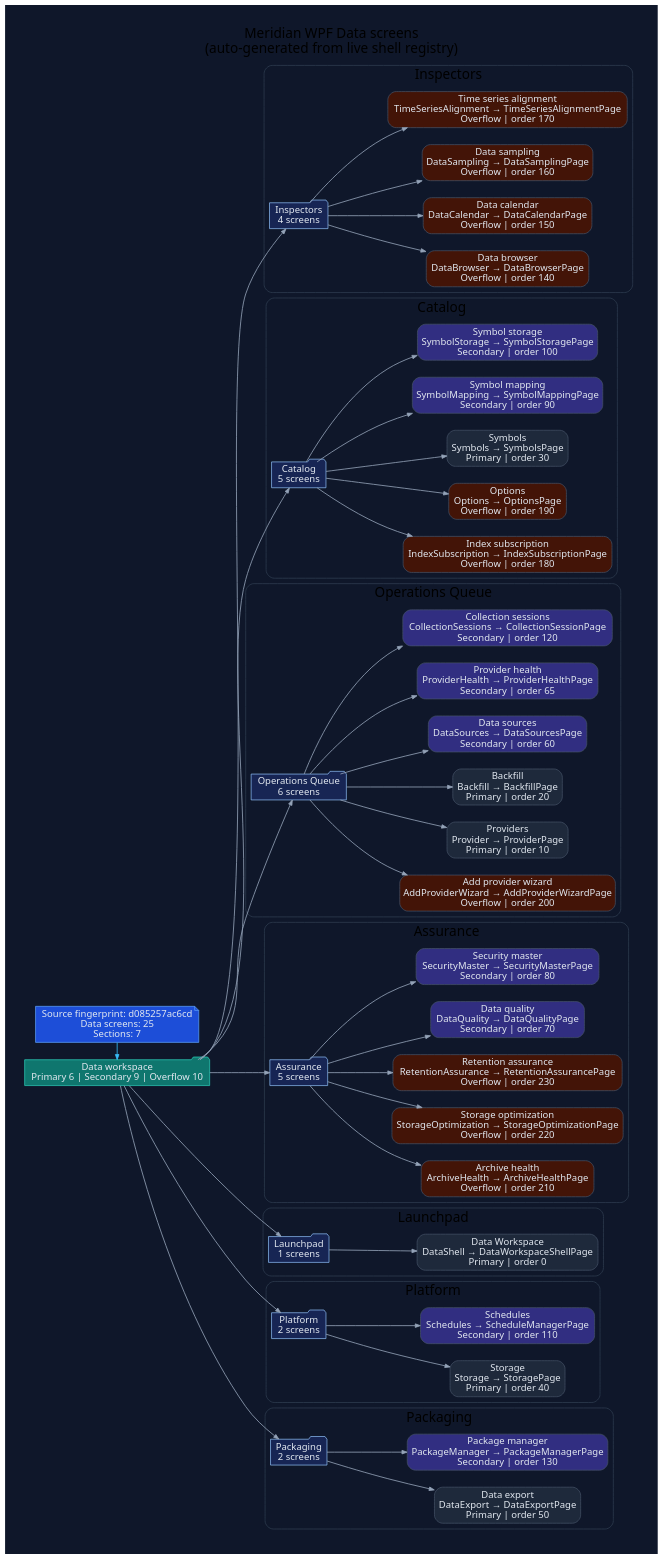
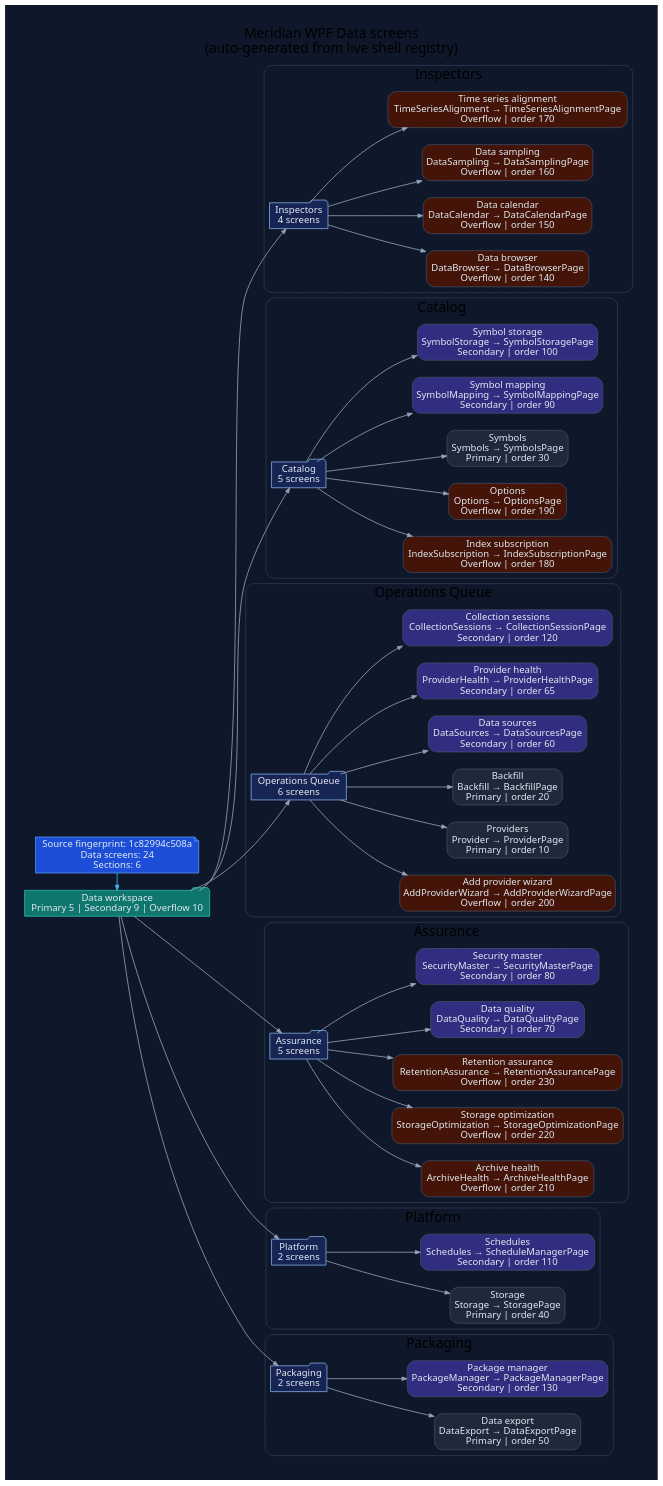
Before and after one commit to rodoHasArrived/Meridian-main: the diagram in docs/diagrams/ui-wpf-screens-data.dot, drawn with Graphviz. The commit also changed 50 other files, not shown here.

```diff
--- a/docs/diagrams/ui-wpf-screens-data.dot
+++ b/docs/diagrams/ui-wpf-screens-data.dot
@@ -1,132 +1,122 @@
 // -----------------------------------------------------------------------------
 // <auto-generated>
 // Generated by scripts/generate-diagrams.mjs.
 // Do not edit this file directly; update the WPF source files instead.
 // -----------------------------------------------------------------------------
 digraph WpfDataScreens {
   graph [
     rankdir=LR,
     labelloc=t,
     label="Meridian WPF Data screens\n(auto-generated from live shell registry)",
     fontname="Segoe UI",
     fontsize=20,
     pad=0.4,
     nodesep=0.35,
     ranksep=0.85,
     bgcolor="#0f172a"
   ];
   node [fontname="Segoe UI", shape=box, style="rounded,filled", color="#475569", fontcolor="#e2e8f0", fillcolor="#1e293b"];
   edge [fontname="Segoe UI", color="#94a3b8", penwidth=1.2, arrowsize=0.75];
 
-  generated [shape=note, fillcolor="#1d4ed8", color="#60a5fa", label="Source fingerprint: d085257ac6cd\nData screens: 25\nSections: 7"];
-  workspace [shape=folder, fillcolor="#0f766e", color="#2dd4bf", label="Data workspace\nPrimary 6 | Secondary 9 | Overflow 10"];
+  generated [shape=note, fillcolor="#1d4ed8", color="#60a5fa", label="Source fingerprint: 1c82994c508a\nData screens: 24\nSections: 6"];
+  workspace [shape=folder, fillcolor="#0f766e", color="#2dd4bf", label="Data workspace\nPrimary 5 | Secondary 9 | Overflow 10"];
   generated -> workspace [color="#38bdf8"];
 
   subgraph cluster_section_1 {
     label="Inspectors";
     color="#334155";
     style="rounded";
     section_1 [shape=folder, fillcolor="#172554", color="#93c5fd", label="Inspectors\n4 screens"];
     workspace -> section_1;
     screen_DataBrowser [fillcolor="#431407", label="Data browser\nDataBrowser → DataBrowserPage\nOverflow | order 140"];
     section_1 -> screen_DataBrowser;
     screen_DataCalendar [fillcolor="#431407", label="Data calendar\nDataCalendar → DataCalendarPage\nOverflow | order 150"];
     section_1 -> screen_DataCalendar;
     screen_DataSampling [fillcolor="#431407", label="Data sampling\nDataSampling → DataSamplingPage\nOverflow | order 160"];
     section_1 -> screen_DataSampling;
     screen_TimeSeriesAlignment [fillcolor="#431407", label="Time series alignment\nTimeSeriesAlignment → TimeSeriesAlignmentPage\nOverflow | order 170"];
     section_1 -> screen_TimeSeriesAlignment;
   }
 
   subgraph cluster_section_2 {
     label="Catalog";
     color="#334155";
     style="rounded";
     section_2 [shape=folder, fillcolor="#172554", color="#93c5fd", label="Catalog\n5 screens"];
     workspace -> section_2;
     screen_IndexSubscription [fillcolor="#431407", label="Index subscription\nIndexSubscription → IndexSubscriptionPage\nOverflow | order 180"];
     section_2 -> screen_IndexSubscription;
     screen_Options [fillcolor="#431407", label="Options\nOptions → OptionsPage\nOverflow | order 190"];
     section_2 -> screen_Options;
     screen_Symbols [fillcolor="#1e293b", label="Symbols\nSymbols → SymbolsPage\nPrimary | order 30"];
     section_2 -> screen_Symbols;
     screen_SymbolMapping [fillcolor="#312e81", label="Symbol mapping\nSymbolMapping → SymbolMappingPage\nSecondary | order 90"];
     section_2 -> screen_SymbolMapping;
     screen_SymbolStorage [fillcolor="#312e81", label="Symbol storage\nSymbolStorage → SymbolStoragePage\nSecondary | order 100"];
     section_2 -> screen_SymbolStorage;
   }
 
   subgraph cluster_section_3 {
     label="Operations Queue";
     color="#334155";
     style="rounded";
     section_3 [shape=folder, fillcolor="#172554", color="#93c5fd", label="Operations Queue\n6 screens"];
     workspace -> section_3;
     screen_AddProviderWizard [fillcolor="#431407", label="Add provider wizard\nAddProviderWizard → AddProviderWizardPage\nOverflow | order 200"];
     section_3 -> screen_AddProviderWizard;
     screen_Provider [fillcolor="#1e293b", label="Providers\nProvider → ProviderPage\nPrimary | order 10"];
     section_3 -> screen_Provider;
     screen_Backfill [fillcolor="#1e293b", label="Backfill\nBackfill → BackfillPage\nPrimary | order 20"];
     section_3 -> screen_Backfill;
     screen_DataSources [fillcolor="#312e81", label="Data sources\nDataSources → DataSourcesPage\nSecondary | order 60"];
     section_3 -> screen_DataSources;
     screen_ProviderHealth [fillcolor="#312e81", label="Provider health\nProviderHealth → ProviderHealthPage\nSecondary | order 65"];
     section_3 -> screen_ProviderHealth;
     screen_CollectionSessions [fillcolor="#312e81", label="Collection sessions\nCollectionSessions → CollectionSessionPage\nSecondary | order 120"];
     section_3 -> screen_CollectionSessions;
   }
 
   subgraph cluster_section_4 {
     label="Assurance";
     color="#334155";
     style="rounded";
     section_4 [shape=folder, fillcolor="#172554", color="#93c5fd", label="Assurance\n5 screens"];
     workspace -> section_4;
     screen_ArchiveHealth [fillcolor="#431407", label="Archive health\nArchiveHealth → ArchiveHealthPage\nOverflow | order 210"];
     section_4 -> screen_ArchiveHealth;
     screen_StorageOptimization [fillcolor="#431407", label="Storage optimization\nStorageOptimization → StorageOptimizationPage\nOverflow | order 220"];
     section_4 -> screen_StorageOptimization;
     screen_RetentionAssurance [fillcolor="#431407", label="Retention assurance\nRetentionAssurance → RetentionAssurancePage\nOverflow | order 230"];
     section_4 -> screen_RetentionAssurance;
     screen_DataQuality [fillcolor="#312e81", label="Data quality\nDataQuality → DataQualityPage\nSecondary | order 70"];
     section_4 -> screen_DataQuality;
     screen_SecurityMaster [fillcolor="#312e81", label="Security master\nSecurityMaster → SecurityMasterPage\nSecondary | order 80"];
     section_4 -> screen_SecurityMaster;
   }
 
   subgraph cluster_section_5 {
-    label="Launchpad";
+    label="Platform";
     color="#334155";
     style="rounded";
-    section_5 [shape=folder, fillcolor="#172554", color="#93c5fd", label="Launchpad\n1 screens"];
+    section_5 [shape=folder, fillcolor="#172554", color="#93c5fd", label="Platform\n2 screens"];
     workspace -> section_5;
-    screen_DataShell [fillcolor="#1e293b", label="Data Workspace\nDataShell → DataWorkspaceShellPage\nPrimary | order 0"];
-    section_5 -> screen_DataShell;
+    screen_Storage [fillcolor="#1e293b", label="Storage\nStorage → StoragePage\nPrimary | order 40"];
+    section_5 -> screen_Storage;
+    screen_Schedules [fillcolor="#312e81", label="Schedules\nSchedules → ScheduleManagerPage\nSecondary | order 110"];
+    section_5 -> screen_Schedules;
   }
 
   subgraph cluster_section_6 {
-    label="Platform";
-    color="#334155";
-    style="rounded";
-    section_6 [shape=folder, fillcolor="#172554", color="#93c5fd", label="Platform\n2 screens"];
-    workspace -> section_6;
-    screen_Storage [fillcolor="#1e293b", label="Storage\nStorage → StoragePage\nPrimary | order 40"];
-    section_6 -> screen_Storage;
-    screen_Schedules [fillcolor="#312e81", label="Schedules\nSchedules → ScheduleManagerPage\nSecondary | order 110"];
-    section_6 -> screen_Schedules;
-  }
-
-  subgraph cluster_section_7 {
     label="Packaging";
     color="#334155";
     style="rounded";
-    section_7 [shape=folder, fillcolor="#172554", color="#93c5fd", label="Packaging\n2 screens"];
-    workspace -> section_7;
+    section_6 [shape=folder, fillcolor="#172554", color="#93c5fd", label="Packaging\n2 screens"];
+    workspace -> section_6;
     screen_DataExport [fillcolor="#1e293b", label="Data export\nDataExport → DataExportPage\nPrimary | order 50"];
-    section_7 -> screen_DataExport;
+    section_6 -> screen_DataExport;
     screen_PackageManager [fillcolor="#312e81", label="Package manager\nPackageManager → PackageManagerPage\nSecondary | order 130"];
-    section_7 -> screen_PackageManager;
+    section_6 -> screen_PackageManager;
   }
 
   { rank=min; generated; workspace; }
 }
```
